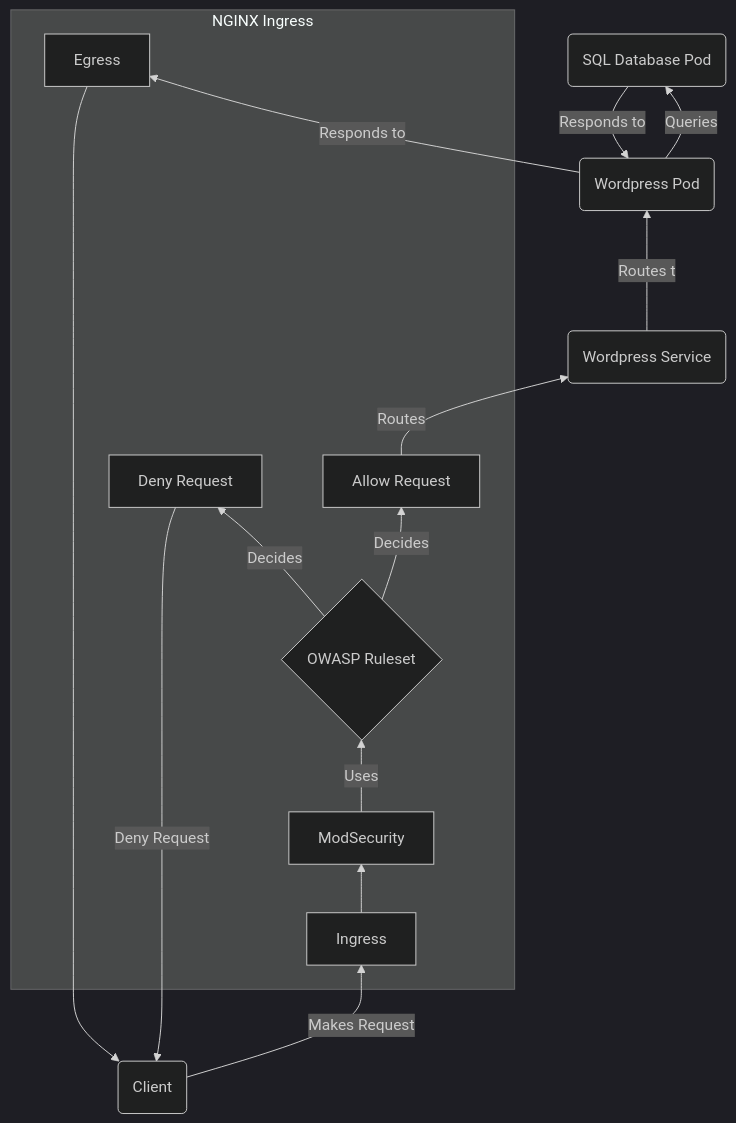
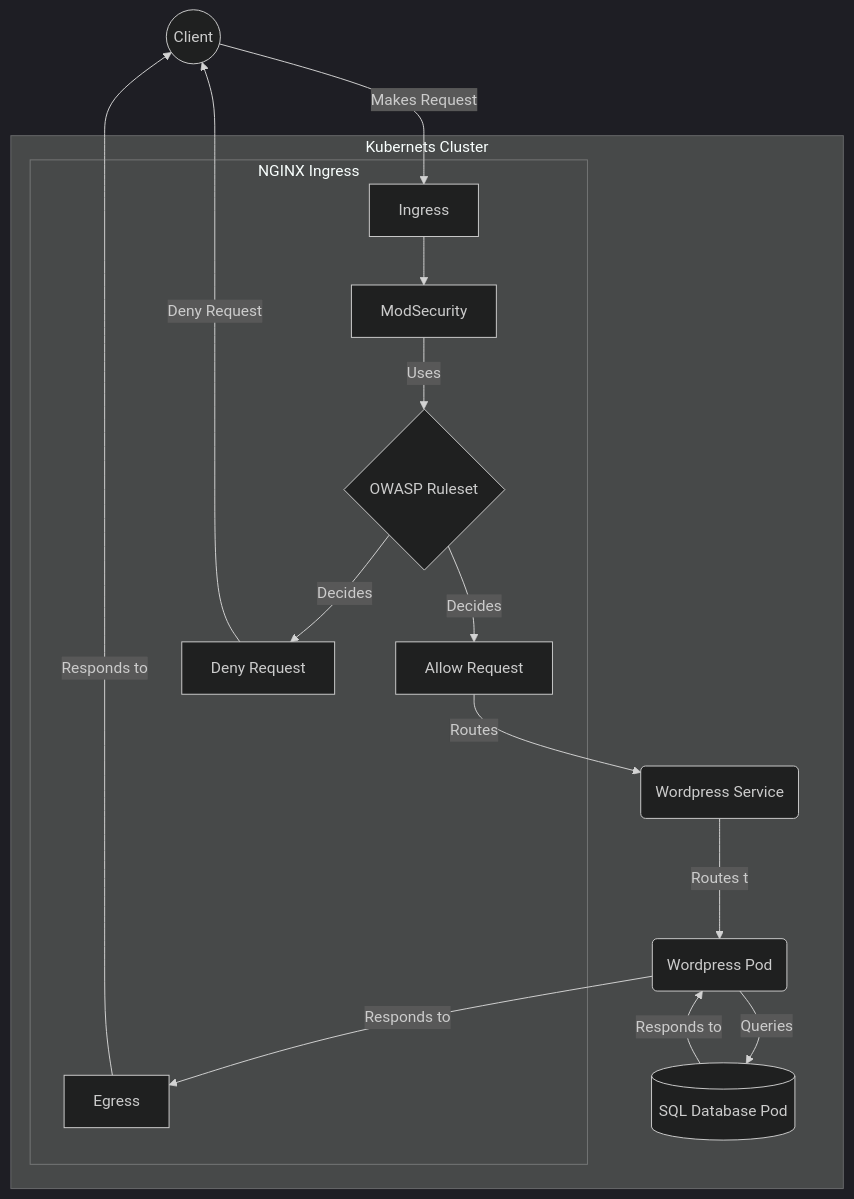
The diagram in content/en/blog/K8s-Nginx-Ingress-WAF/index.md (NickMcGrath/nickmcgrath.github.io), drawn with Mermaid before and after one commit. The commit also changed other lines of this file, not shown here.

Commit message:
updated Flowchart, added networking video link

````diff
--- a/content/en/blog/K8s-Nginx-Ingress-WAF/index.md
+++ b/content/en/blog/K8s-Nginx-Ingress-WAF/index.md
@@ -50,19 +50,21 @@
 ```mermaid
 %%{init: {'theme':'dark'}}%%
-flowchart BT
-A(Client) -- Makes Request--> INGRESS
-  subgraph NGINX[NGINX Ingress]
-    INGRESS[Ingress] --> MOD
-    MOD[ModSecurity] -- Uses --> OWASP{OWASP Ruleset}
-    OWASP --Decides--> ALLOW[Allow Request]
-    OWASP --Decides--> DENY[Deny Request]
-    EGRESS[Egress]
-  end
+flowchart
+A((Client)) -- Makes Request--> INGRESS
+subgraph K8[Kubernets Cluster]
+ subgraph NGINX[NGINX Ingress]
+   INGRESS[Ingress] --> MOD
+   MOD[ModSecurity] -- Uses --> OWASP{OWASP Ruleset}
+   OWASP --Decides--> ALLOW[Allow Request]
+   OWASP --Decides--> DENY[Deny Request]
+   EGRESS[Egress]
+ end
+ ALLOW -- Routes --> S(Wordpress Service)
+ S -- Routes to--> W(Wordpress Pod)
+ W -- Queries--> D[(SQL Database Pod)]
+ D -- Responds to --> W
+ W -- Responds to --> EGRESS
+end
 DENY -- Deny Request --> A
-ALLOW -- Routes --> S(Wordpress Service)
-S -- Routes to--> W(Wordpress Pod)
-W -- Queries--> D(SQL Database Pod)
-D -- Responds to --> W
-W -- Responds to --> EGRESS
-EGRESS --> A
+EGRESS -- Responds to --> A
 ```
````
